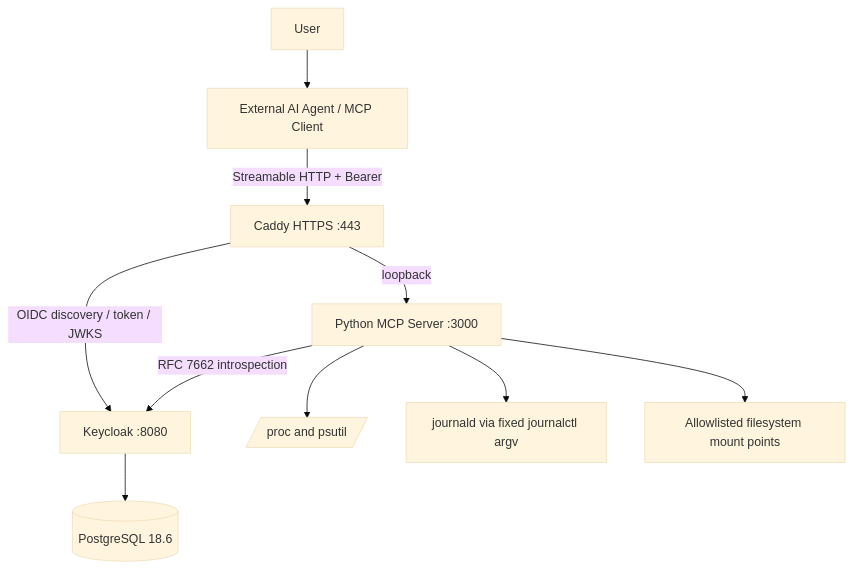
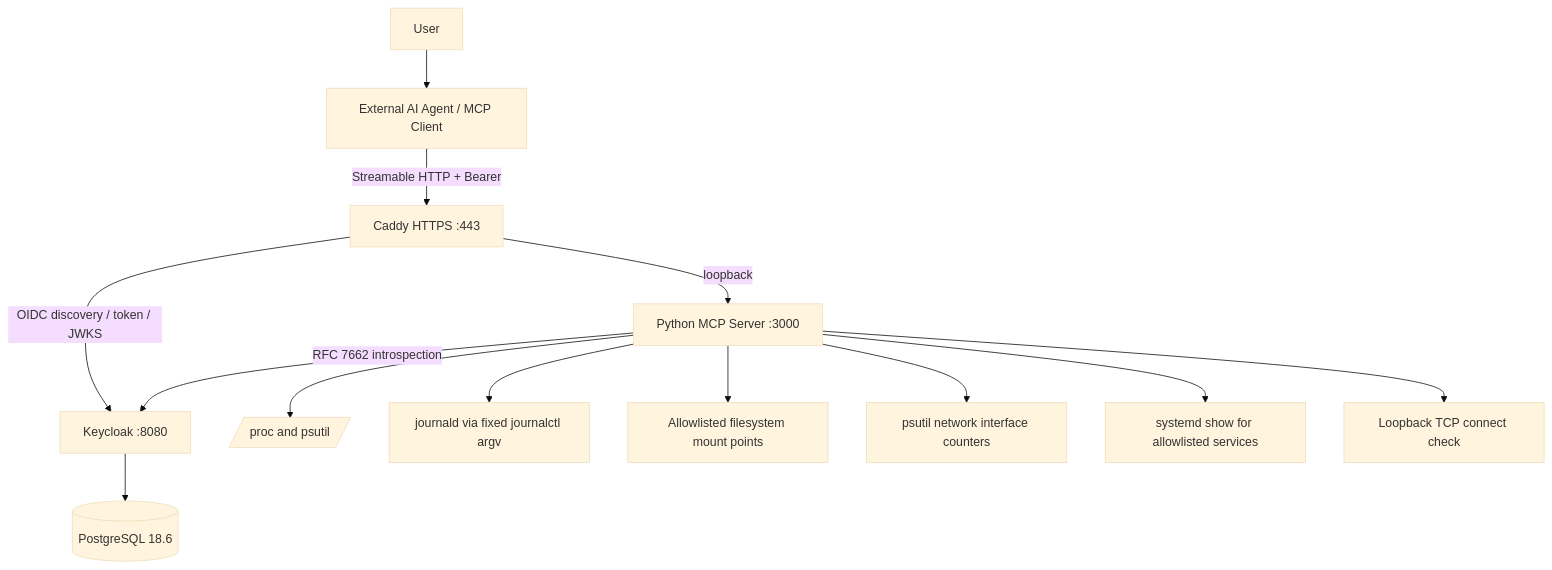
The diagram in docs/03_architecture_and_design.md (tuananh-developer/linux-mcp-agent-server), drawn with Mermaid (base theme) before and after one commit. The commit also changed other lines of this file, not shown here.

Commit message:
docs(architecture): document diagnostics module and data sources

````diff
--- a/docs/03_architecture_and_design.md
+++ b/docs/03_architecture_and_design.md
@@ -5,12 +5,15 @@
 ```mermaid
 flowchart TB
   U[User] --> A[External AI Agent / MCP Client]
   A -->|Streamable HTTP + Bearer| C[Caddy HTTPS :443]
   C -->|loopback| M[Python MCP Server :3000]
   C -->|OIDC discovery / token / JWKS| K[Keycloak :8080]
   M -->|RFC 7662 introspection| K
   M --> P[/proc and psutil/]
   M --> J[journald via fixed journalctl argv]
   M --> F[Allowlisted filesystem mount points]
+  M --> N[psutil network interface counters]
+  M --> S[systemd show for allowlisted services]
+  M --> T[Loopback TCP connect check]
   K --> D[(PostgreSQL 18.6)]
 ```
````
